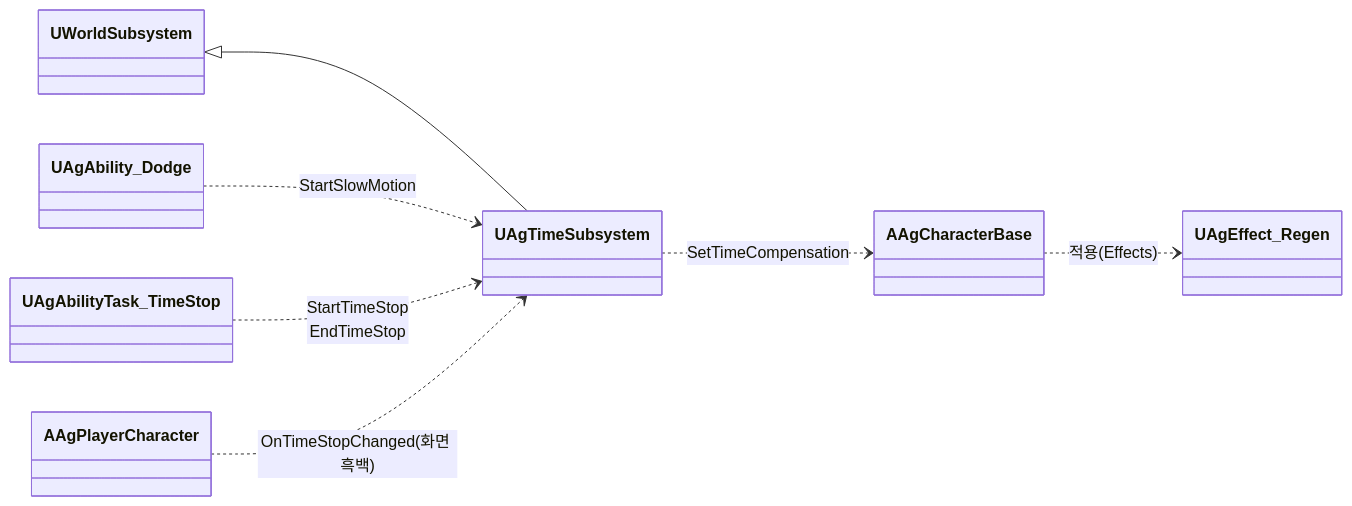
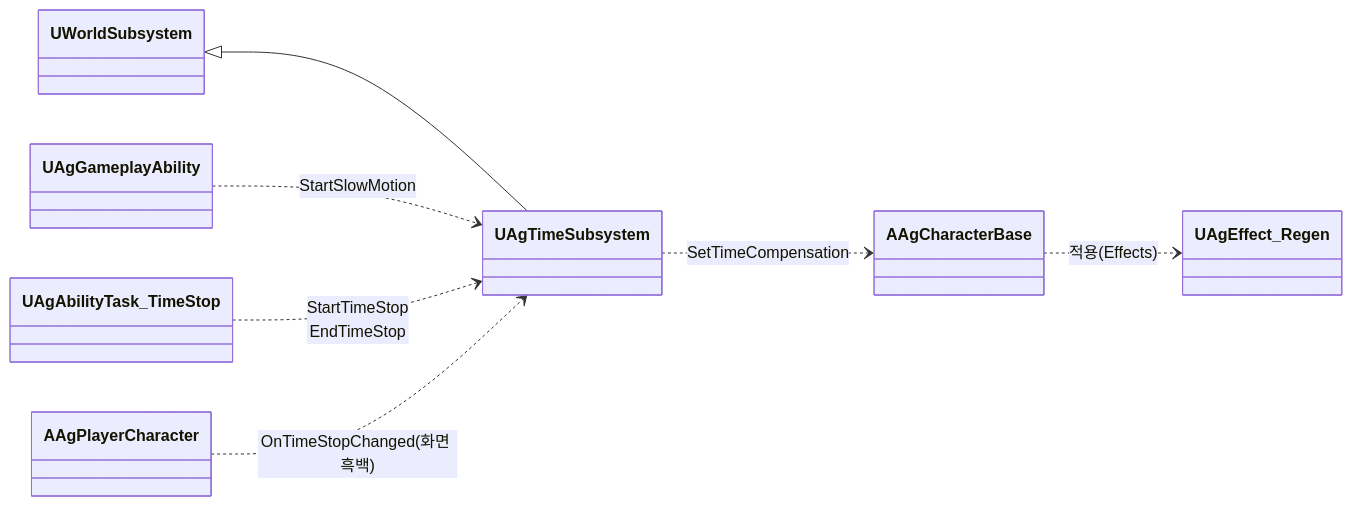
The first of 2 diagrams in Docs/Program/전투 규칙.md (Woogl/Ag), drawn with Mermaid before and after one commit. The commit also changed other lines of this file and 241 other files, not shown here.

````diff
--- a/Docs/Program/전투 규칙.md
+++ b/Docs/Program/전투 규칙.md
@@ -30,11 +32,11 @@
 ```mermaid
 classDiagram
     direction LR
     UWorldSubsystem <|-- UAgTimeSubsystem
 
     AAgCharacterBase ..> UAgEffect_Regen : 적용(Effects)
-    UAgAbility_Dodge ..> UAgTimeSubsystem : StartSlowMotion
+    UAgGameplayAbility ..> UAgTimeSubsystem : StartSlowMotion
     UAgAbilityTask_TimeStop ..> UAgTimeSubsystem : StartTimeStop<br>EndTimeStop
     UAgTimeSubsystem ..> AAgCharacterBase : SetTimeCompensation
     AAgPlayerCharacter ..> UAgTimeSubsystem : OnTimeStopChanged(화면 흑백)
 ```
````
